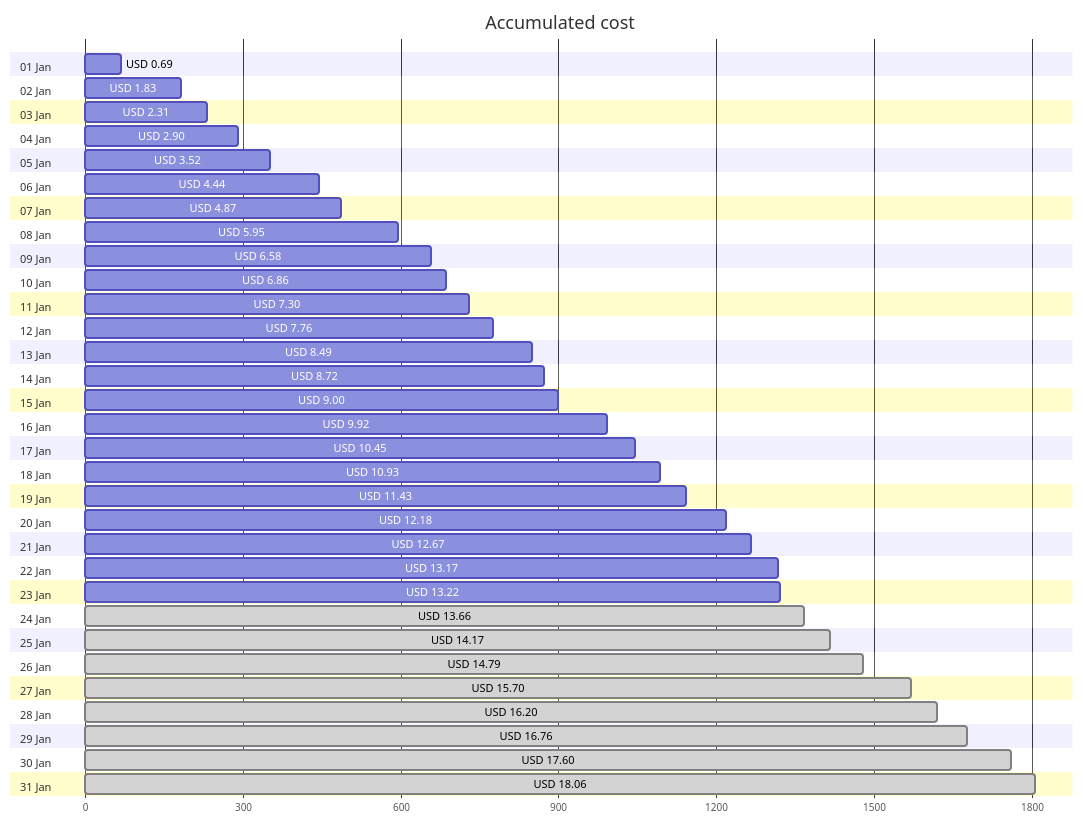
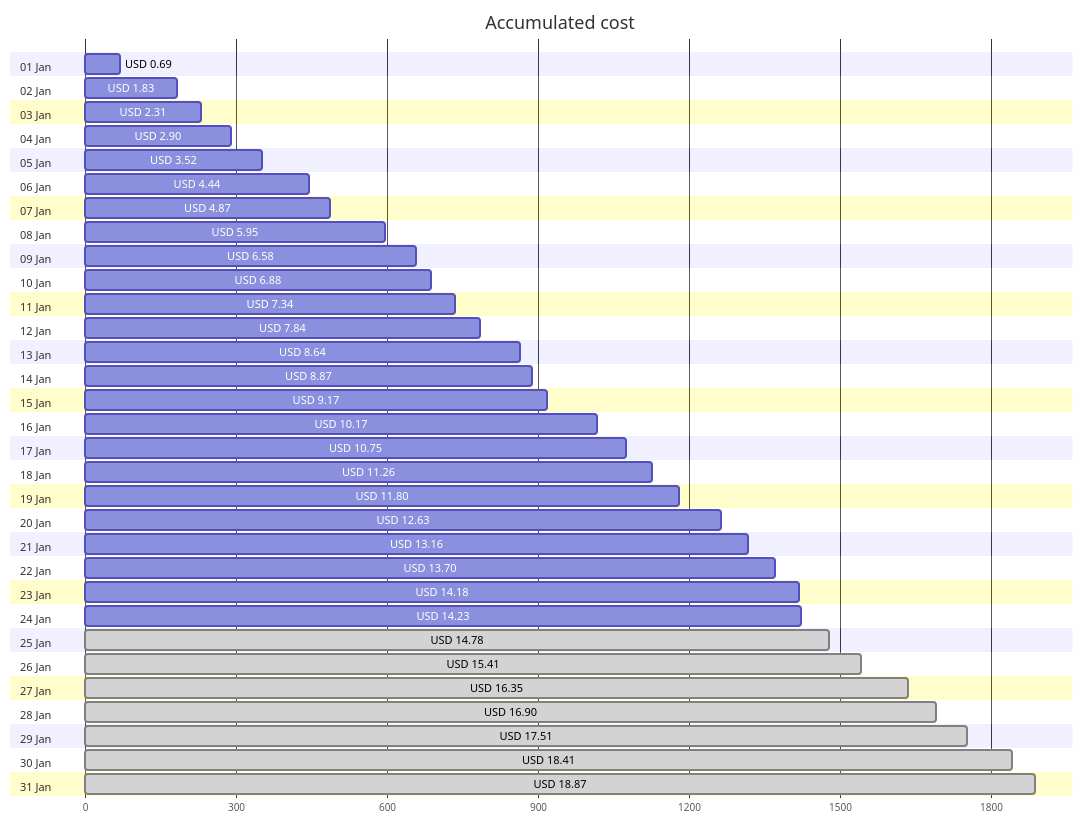
Before and after one commit to jpfulton/azure-personal-reports: the first of 4 diagrams in cost-reports/personal-network/vpn-server.md, drawn with Mermaid. The commit also changed other lines of this file and 8 other files, not shown here.

````diff
--- a/cost-reports/personal-network/vpn-server.md
+++ b/cost-reports/personal-network/vpn-server.md
@@ -20,68 +20,68 @@
 ```mermaid
 gantt
    title Accumulated cost
    dateFormat  X
    axisFormat %s
    section 01 Jan
    USD 0.69 :0, 69
    section 02 Jan
    USD 1.83 :0, 183
    section 03 Jan
    USD 2.31 :0, 231
    section 04 Jan
    USD 2.90 :0, 290
    section 05 Jan
    USD 3.52 :0, 352
    section 06 Jan
    USD 4.44 :0, 444
    section 07 Jan
    USD 4.87 :0, 487
    section 08 Jan
    USD 5.95 :0, 595
    section 09 Jan
    USD 6.58 :0, 658
    section 10 Jan
-   USD 6.86 :0, 686
+   USD 6.88 :0, 688
    section 11 Jan
-   USD 7.30 :0, 730
+   USD 7.34 :0, 734
    section 12 Jan
-   USD 7.76 :0, 776
+   USD 7.84 :0, 784
    section 13 Jan
-   USD 8.49 :0, 849
+   USD 8.64 :0, 864
    section 14 Jan
-   USD 8.72 :0, 872
+   USD 8.87 :0, 887
    section 15 Jan
-   USD 9.00 :0, 900
+   USD 9.17 :0, 917
    section 16 Jan
-   USD 9.92 :0, 992
+   USD 10.17 :0, 1017
    section 17 Jan
-   USD 10.45 :0, 1045
+   USD 10.75 :0, 1075
    section 18 Jan
-   USD 10.93 :0, 1093
+   USD 11.26 :0, 1126
    section 19 Jan
-   USD 11.43 :0, 1143
+   USD 11.80 :0, 1180
    section 20 Jan
-   USD 12.18 :0, 1218
+   USD 12.63 :0, 1263
    section 21 Jan
-   USD 12.67 :0, 1267
+   USD 13.16 :0, 1316
    section 22 Jan
-   USD 13.17 :0, 1317
+   USD 13.70 :0, 1370
    section 23 Jan
-   USD 13.22 :0, 1322
+   USD 14.18 :0, 1418
    section 24 Jan
-   USD 13.66 : done, 0, 1366
+   USD 14.23 :0, 1423
    section 25 Jan
-   USD 14.17 : done, 0, 1417
+   USD 14.78 : done, 0, 1478
    section 26 Jan
-   USD 14.79 : done, 0, 1479
+   USD 15.41 : done, 0, 1541
    section 27 Jan
-   USD 15.70 : done, 0, 1570
+   USD 16.35 : done, 0, 1635
    section 28 Jan
-   USD 16.20 : done, 0, 1620
+   USD 16.90 : done, 0, 1690
    section 29 Jan
-   USD 16.76 : done, 0, 1676
+   USD 17.51 : done, 0, 1751
    section 30 Jan
-   USD 17.60 : done, 0, 1760
+   USD 18.41 : done, 0, 1841
    section 31 Jan
-   USD 18.06 : done, 0, 1806
+   USD 18.87 : done, 0, 1887
 ```
````
